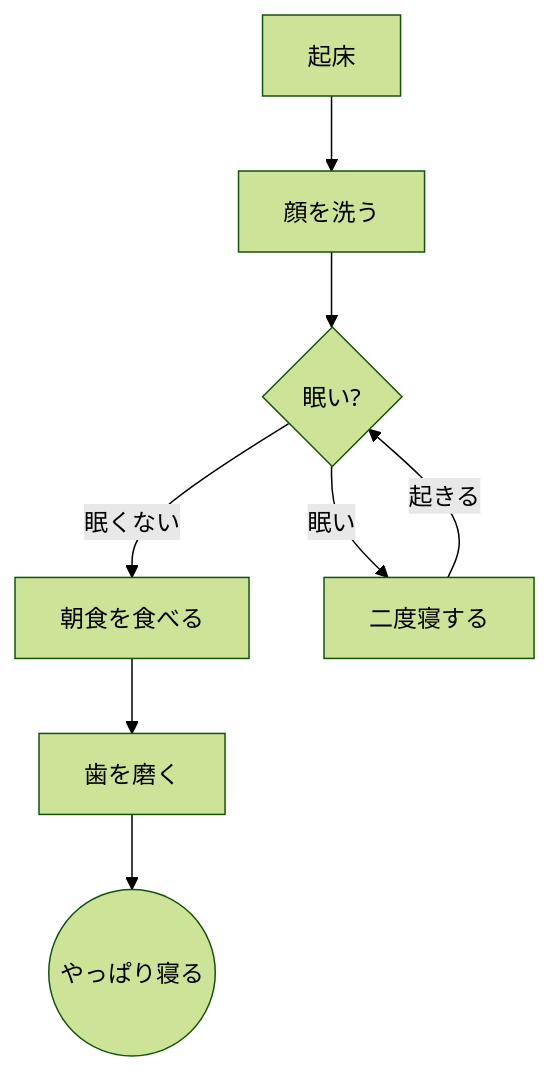
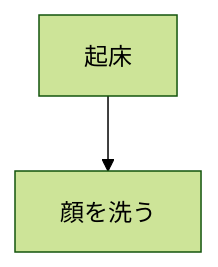
One commit to nekomanma634/home changed the diagram in posts/algorithm/Heuristic/Greedy.md. Above: the diagram before and after it, drawn with Mermaid (forest theme). The commit also changed other lines of this file and 3 other files, not shown here.

Commit message:
update code space and mermaid drawing features.

````diff
--- a/posts/algorithm/Heuristic/Greedy.md
+++ b/posts/algorithm/Heuristic/Greedy.md
@@ -21,9 +12,4 @@
 ```mermaid
-flowchart TB
-    A[起床] --> B[顔を洗う] -->
-    C{眠い?} -- 眠くない --> D[朝食を食べる]
-    C{眠い?} -- 眠い --> E[二度寝する] -- 起きる --> C{眠い?}
-    D[朝食を食べる] --> 
-    F[歯を磨く] -->
-    G((やっぱり寝る))
+    flowchart TB
+        A[起床] --> B[顔を洗う]
 ```
````
